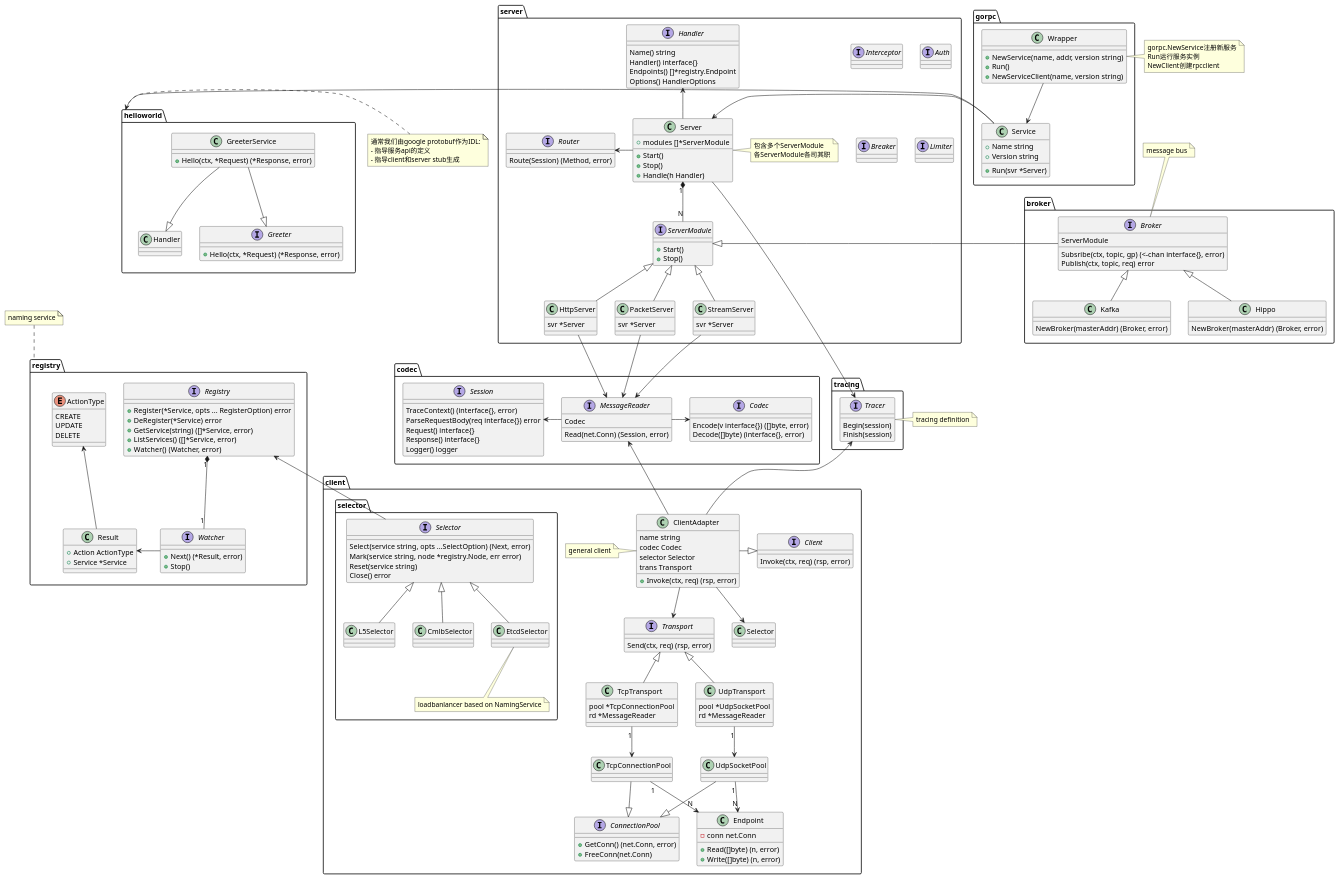
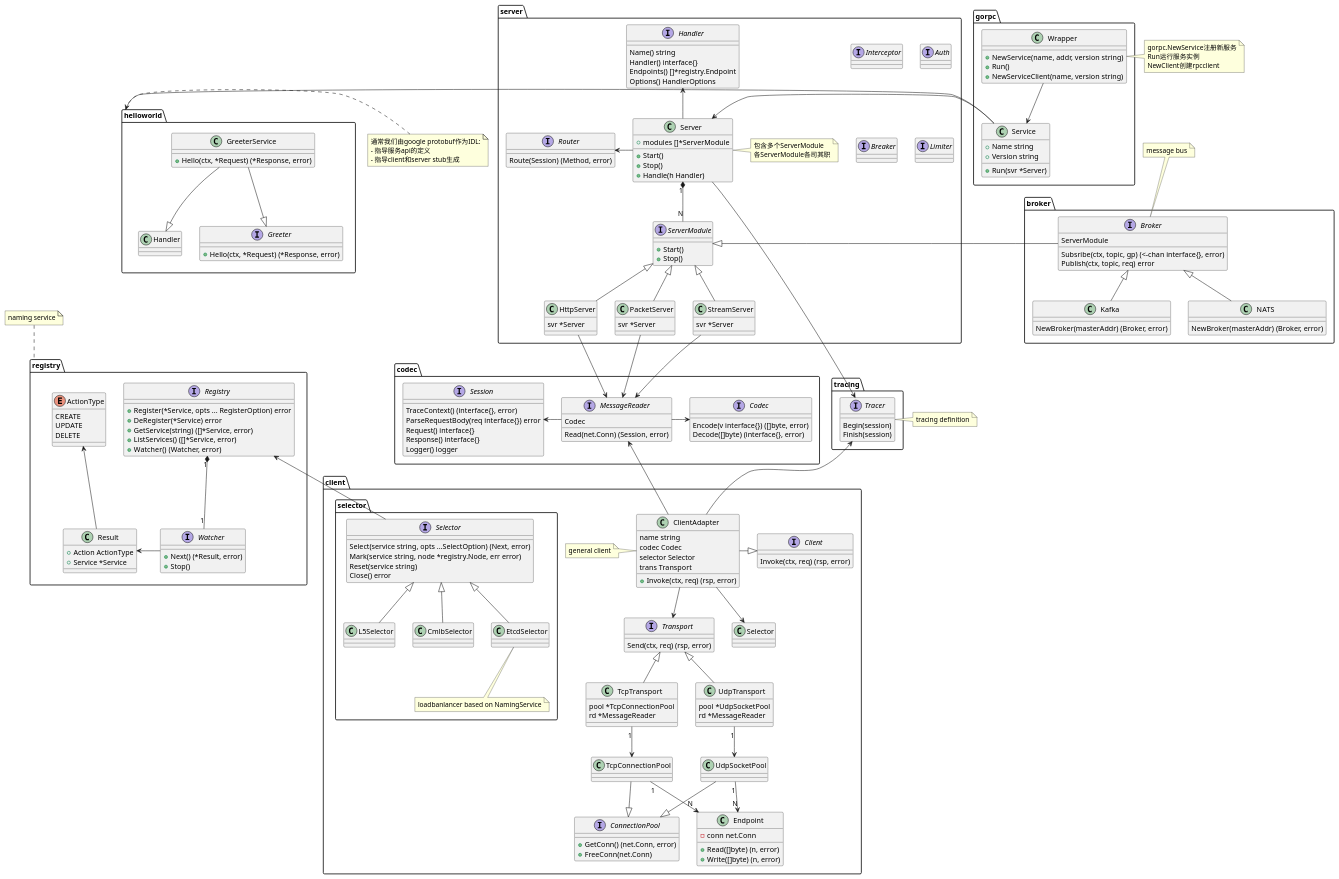
Before and after one commit to hitzhangjie/gorpc: the diagram in doc/arch.puml, drawn with PlantUML. The commit also changed 1 other file, not shown here.

```diff
--- a/doc/arch.puml
+++ b/doc/arch.puml
@@ -244,10 +244,10 @@
     }
     Broker -right-|> ServerModule
 
-    class Hippo {
+    class NATS {
         NewBroker(masterAddr) (Broker, error)
     }
-    Hippo -up-|> Broker
+    NATS -up-|> Broker
 
     class Kafka {
         NewBroker(masterAddr) (Broker, error)
```
